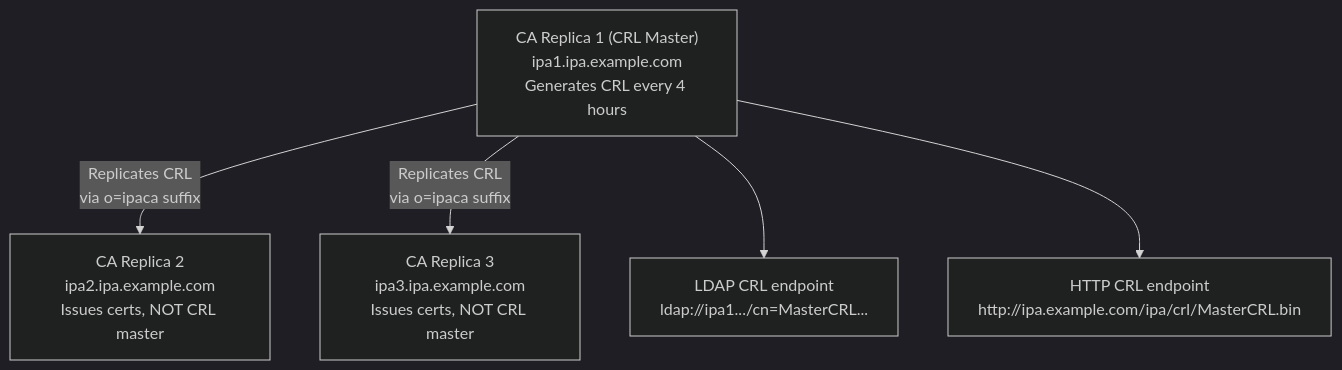
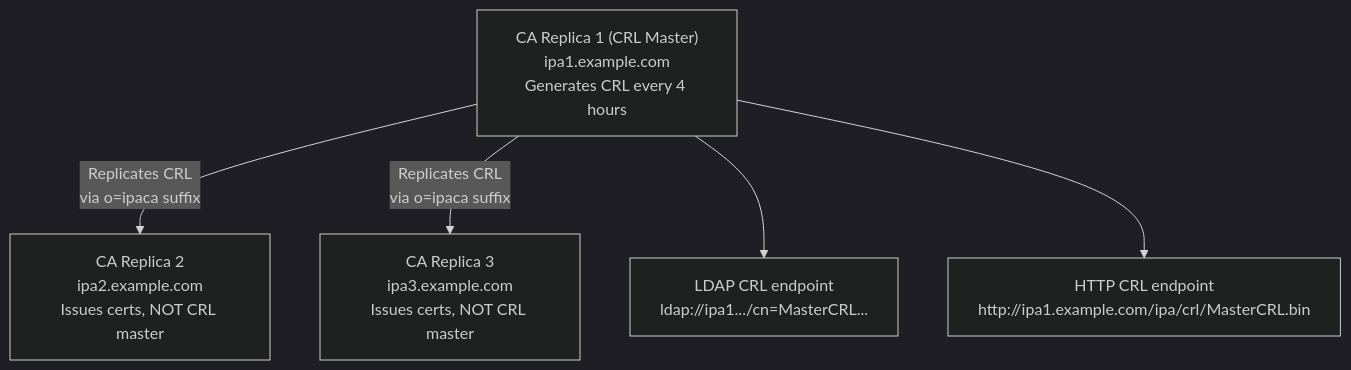
The ninth of 15 diagrams in 12_replication_topology.md (UncleJS/course_FreeIPA), drawn with Mermaid (dark theme) before and after one commit. The commit also changed other lines of this file and 22 other files, not shown here.

````diff
--- a/12_replication_topology.md
+++ b/12_replication_topology.md
@@ -402,13 +402,13 @@
 ```mermaid
 graph TD
-    CA1["CA Replica 1 (CRL Master)<br/>ipa1.ipa.example.com<br/>Generates CRL every 4 hours"]
-    CA2["CA Replica 2<br/>ipa2.ipa.example.com<br/>Issues certs, NOT CRL master"]
-    CA3["CA Replica 3<br/>ipa3.ipa.example.com<br/>Issues certs, NOT CRL master"]
+    CA1["CA Replica 1 (CRL Master)<br/>ipa1.example.com<br/>Generates CRL every 4 hours"]
+    CA2["CA Replica 2<br/>ipa2.example.com<br/>Issues certs, NOT CRL master"]
+    CA3["CA Replica 3<br/>ipa3.example.com<br/>Issues certs, NOT CRL master"]
 
     CA1 -->|"Replicates CRL<br/>via o=ipaca suffix"| CA2
     CA1 -->|"Replicates CRL<br/>via o=ipaca suffix"| CA3
 
     LDAP_CRL[LDAP CRL endpoint<br/>ldap://ipa1.../cn=MasterCRL...]
-    HTTP_CRL[HTTP CRL endpoint<br/>http://ipa.example.com/ipa/crl/MasterCRL.bin]
+    HTTP_CRL[HTTP CRL endpoint<br/>http://ipa1.example.com/ipa/crl/MasterCRL.bin]
     CA1 --> LDAP_CRL & HTTP_CRL
 ```
````
